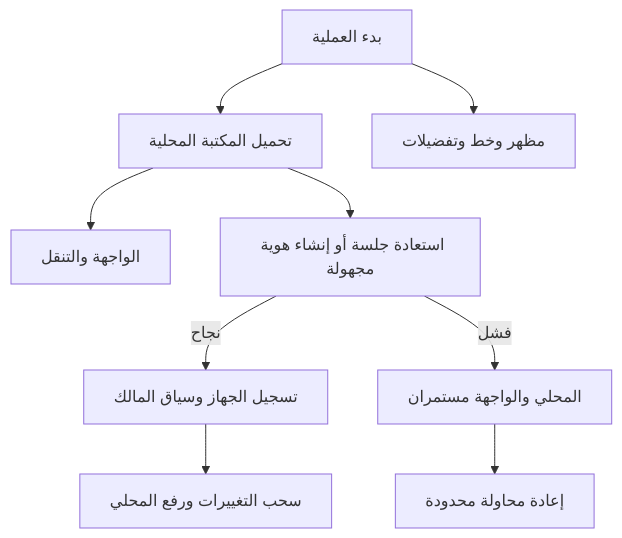
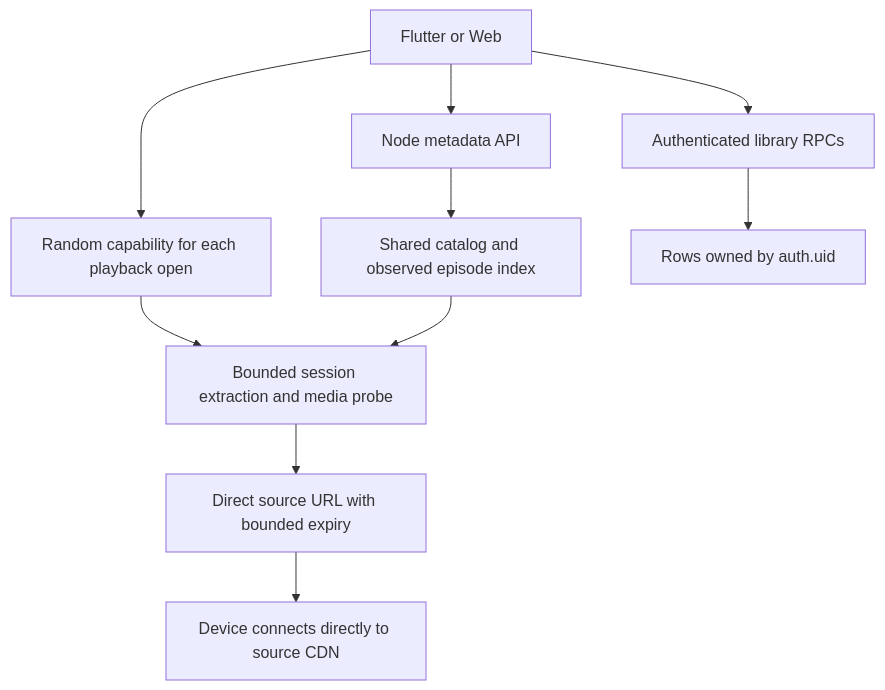
The diagram in docs/najd/RUNTIME_AND_FLOW_MAP.md (th-505/NajdTV), drawn with Mermaid before and after one commit. The commit also changed other lines of this file and 313 other files, not shown here.

````diff
--- a/docs/najd/RUNTIME_AND_FLOW_MAP.md
+++ b/docs/najd/RUNTIME_AND_FLOW_MAP.md
@@ -79,11 +3,12 @@
 ```mermaid
 flowchart TD
- A[بدء العملية] --> B[تحميل المكتبة المحلية]
- A --> C[مظهر وخط وتفضيلات]
- B --> D[الواجهة والتنقل]
- B --> E[استعادة جلسة أو إنشاء هوية مجهولة]
- E -->|نجاح| F[تسجيل الجهاز وسياق المالك]
- F --> G[سحب التغييرات ورفع المحلي]
- E -->|فشل| H[المحلي والواجهة مستمران]
- H --> I[إعادة محاولة محدودة]
+  U[Flutter or Web] --> A[Node metadata API]
+  A --> C[Shared catalog and observed episode index]
+  U --> P[Random capability for each playback open]
+  P --> X[Bounded session extraction and media probe]
+  C --> X
+  X --> V[Direct source URL with bounded expiry]
+  V --> D[Device connects directly to source CDN]
+  U --> L[Authenticated library RPCs]
+  L --> O[Rows owned by auth.uid]
 ```
````
